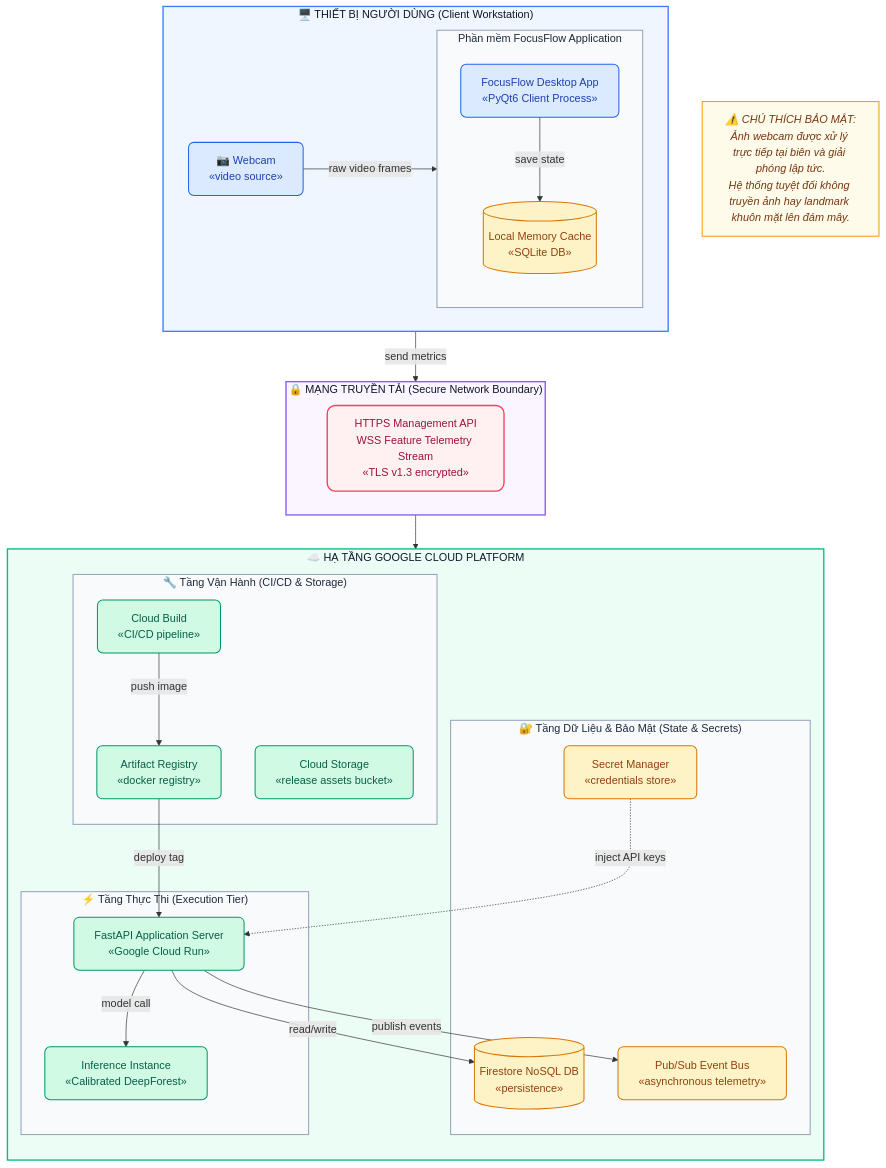
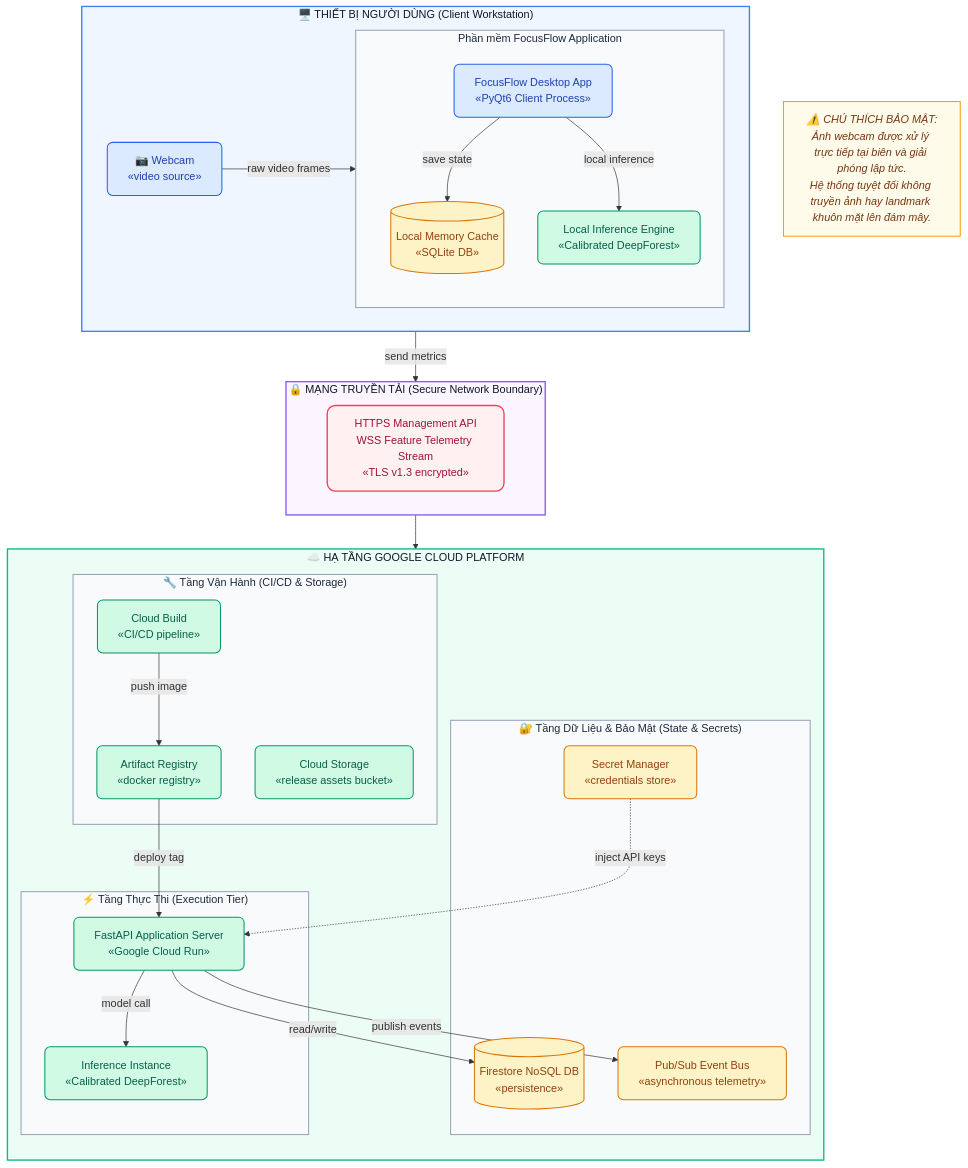
Before and after one commit to nguyenhoangviethung/FocusTracker: the diagram in docs/uml/03_deployment.mmd, drawn with Mermaid. The commit also changed 45 other files, not shown here.

```diff
--- a/docs/uml/03_deployment.mmd
+++ b/docs/uml/03_deployment.mmd
@@ -1,80 +1,82 @@
 graph TB
     %% USER HARDWARE & CLIENT NODE
     subgraph NODE_USER["🖥️ THIẾT BỊ NGƯỜI DÙNG (Client Workstation)"]
         direction LR
         CAM["📷 Webcam<br/>«video source»"]
         
         subgraph DESKTOP_ENV["Phần mềm FocusFlow Application"]
             direction TB
             APP["FocusFlow Desktop App<br/>«PyQt6 Client Process»"]
+            DF["Local Inference Engine<br/>«Calibrated DeepForest»"]
             CACHE[("Local Memory Cache<br/>«SQLite DB»")]
             APP -->|"save state"| CACHE
+            APP -->|"local inference"| DF
         end
 
         CAM -->|"raw video frames"| APP
     end
 
     %% NETWORK TRANSPORT
     subgraph BOUNDARY_NET["🔒 MẠNG TRUYỀN TẢI (Secure Network Boundary)"]
         direction LR
         TLS["HTTPS Management API<br/>WSS Feature Telemetry Stream<br/>«TLS v1.3 encrypted»"]
     end
 
     %% CLOUD RUNTIME TOPOLOGY
     subgraph GCP["☁️ HẠ TẦNG GOOGLE CLOUD PLATFORM"]
         direction TB
 
         subgraph RUNTIME_TIER["⚡ Tầng Thực Thi (Execution Tier)"]
             CR["FastAPI Application Server<br/>«Google Cloud Run»"]
             XGB["Inference Instance<br/>«Calibrated DeepForest»"]
             CR -->|"model call"| XGB
         end
 
         subgraph DATA_TIER["🔐 Tầng Dữ Liệu & Bảo Mật (State & Secrets)"]
             FS[("Firestore NoSQL DB<br/>«persistence»")]
             PUBSUB["Pub/Sub Event Bus<br/>«asynchronous telemetry»"]
             SECRET["Secret Manager<br/>«credentials store»"]
         end
 
         subgraph OPERATIONAL_TIER["🔧 Tầng Vận Hành (CI/CD & Storage)"]
             CB["Cloud Build<br/>«CI/CD pipeline»"]
             AR["Artifact Registry<br/>«docker registry»"]
             CS["Cloud Storage<br/>«release assets bucket»"]
             CB -->|"push image"| AR
         end
 
         AR -->|"deploy tag"| CR
         CR -->|"read/write"| FS
         CR -->|"publish events"| PUBSUB
         SECRET -.->|"inject API keys"| CR
     end
 
     %% Warning box
     NOTE["⚠️ CHÚ THÍCH BẢO MẬT:\nẢnh webcam được xử lý trực tiếp tại biên và giải phóng lập tức.\nHệ thống tuyệt đối không truyền ảnh hay landmark khuôn mặt lên đám mây."]
 
     %% Connectivity
     APP -->|"send metrics"| TLS
     TLS --> CR
 
     %% Themes & Styles Definitions
     classDef clientStyle fill:#EFF6FF,stroke:#3B82F6,stroke-width:2px,color:#0F172A;
     classDef cloudStyle fill:#ECFDF5,stroke:#10B981,stroke-width:2px,color:#0F172A;
     classDef networkStyle fill:#FAF5FF,stroke:#8B5CF6,stroke-width:2px,color:#0F172A;
     classDef noteStyle fill:#FFFBEB,stroke:#F59E0B,stroke-width:1.5px,color:#78350F,font-style:italic;
     classDef systemBoxStyle fill:#F8FAFC,stroke:#94A3B8,stroke-width:1.5px,color:#1E293B;
 
     classDef nodeApp fill:#DBEAFE,stroke:#2563EB,stroke-width:1.5px,color:#1E40AF,rx:8px,ry:8px;
     classDef nodeCloud fill:#D1FAE5,stroke:#059669,stroke-width:1.5px,color:#065F46,rx:8px,ry:8px;
     classDef nodeDb fill:#FEF3C7,stroke:#D97706,stroke-width:1.5px,color:#92400E,rx:8px,ry:8px;
     classDef nodeTls fill:#FFF1F2,stroke:#F43F5E,stroke-width:2px,color:#9F1239,rx:12px,ry:12px;
 
     class NODE_USER clientStyle;
     class GCP cloudStyle;
     class BOUNDARY_NET networkStyle;
     class NOTE noteStyle;
     class DESKTOP_ENV,RUNTIME_TIER,DATA_TIER,OPERATIONAL_TIER systemBoxStyle;
 
     class APP,CAM nodeApp;
-    class CR,XGB,CB,AR,CS nodeCloud;
+    class CR,XGB,CB,AR,CS,DF nodeCloud;
     class CACHE,FS,PUBSUB,SECRET nodeDb;
     class TLS nodeTls;
```
